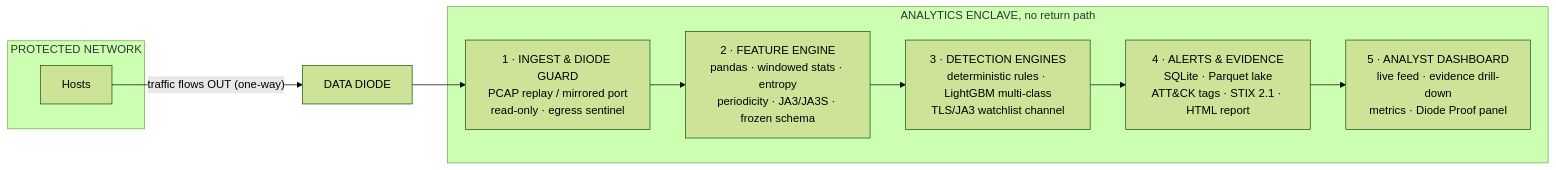
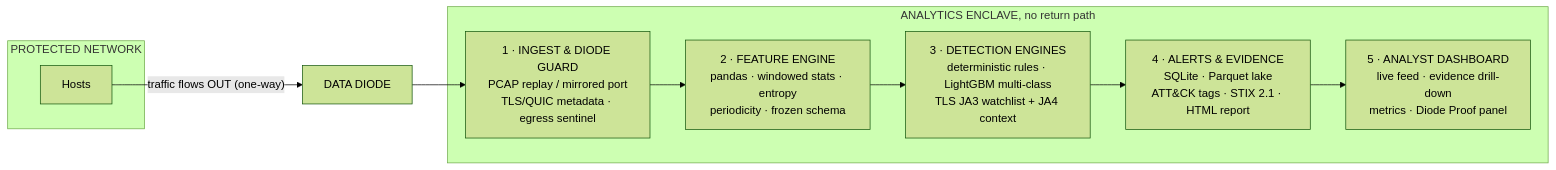
The diagram in README.md (therayyanawaz/DiodeWatch), drawn with Mermaid (forest theme) before and after one commit. The commit also changed other lines of this file and 13 other files, not shown here.

First line of the commit message:
feat(ingest): parse JA4/JA4S and QUIC header metadata

````diff
--- a/README.md
+++ b/README.md
@@ -71,15 +72,15 @@
 ```mermaid
 flowchart LR
     subgraph Protected["PROTECTED NETWORK"]
         A["Hosts"]
     end
     A -- "traffic flows OUT (one-way)" --> D["DATA DIODE"]
     D --> INGEST
 
     subgraph ENCLAVE["ANALYTICS ENCLAVE, no return path"]
-        INGEST["1 · INGEST & DIODE GUARD<br/>PCAP replay / mirrored port<br/>read-only · egress sentinel"] --> FEAT["2 · FEATURE ENGINE<br/>pandas · windowed stats · entropy<br/>periodicity · JA3/JA3S · frozen schema"]
-        FEAT --> DET["3 · DETECTION ENGINES<br/>deterministic rules · LightGBM multi-class<br/>TLS/JA3 watchlist channel"]
+        INGEST["1 · INGEST & DIODE GUARD<br/>PCAP replay / mirrored port<br/>TLS/QUIC metadata · egress sentinel"] --> FEAT["2 · FEATURE ENGINE<br/>pandas · windowed stats · entropy<br/>periodicity · frozen schema"]
+        FEAT --> DET["3 · DETECTION ENGINES<br/>deterministic rules · LightGBM multi-class<br/>TLS JA3 watchlist + JA4 context"]
         DET --> ALERT["4 · ALERTS & EVIDENCE<br/>SQLite · Parquet lake<br/>ATT&CK tags · STIX 2.1 · HTML report"]
         ALERT --> UI["5 · ANALYST DASHBOARD<br/>live feed · evidence drill-down<br/>metrics · Diode Proof panel"]
     end
 ```
````
